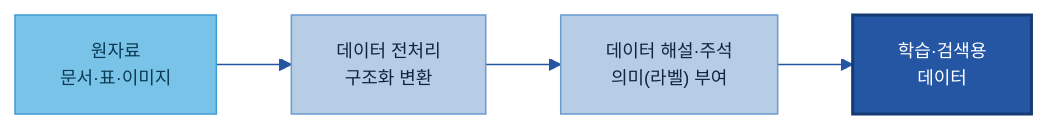
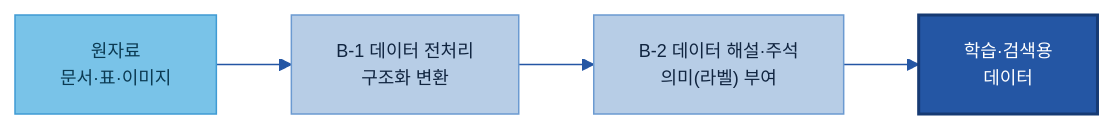
The third of 6 diagrams in 전체 목차/00 전체 목차 (20개 주제).md (jin-kearney/ai-ready-data-manual), drawn with Mermaid before and after one commit. The commit also changed other lines of this file, not shown here.

````diff
--- a/전체 목차/00 전체 목차 (20개 주제).md
+++ b/전체 목차/00 전체 목차 (20개 주제).md
@@ -223,8 +210,8 @@
 ```mermaid
 %%{init: {'theme':'base','themeVariables':{'primaryColor':'#DCE8F5','primaryBorderColor':'#2456A4','primaryTextColor':'#10243f','lineColor':'#2456A4','fontSize':'12px'}}}%%
 flowchart LR
-    RAW["원자료<br/>문서·표·이미지"]:::src --> PRE["데이터 전처리<br/>구조화 변환"]:::n --> ANN["데이터 해설·주석<br/>의미(라벨) 부여"]:::n --> USE["학습·검색용<br/>데이터"]:::cat
+    RAW["원자료<br/>문서·표·이미지"]:::src --> PRE["B-1 데이터 전처리<br/>구조화 변환"]:::n --> ANN["B-2 데이터 해설·주석<br/>의미(라벨) 부여"]:::n --> USE["학습·검색용<br/>데이터"]:::cat
     classDef n fill:#B7CDE6,stroke:#6B9AD1,color:#10243f;
     classDef src fill:#79C3E8,stroke:#3F9BD4,color:#0b3a52;
     classDef cat fill:#2456A4,color:#fff,stroke:#163a73,stroke-width:2px;
 ```
````
